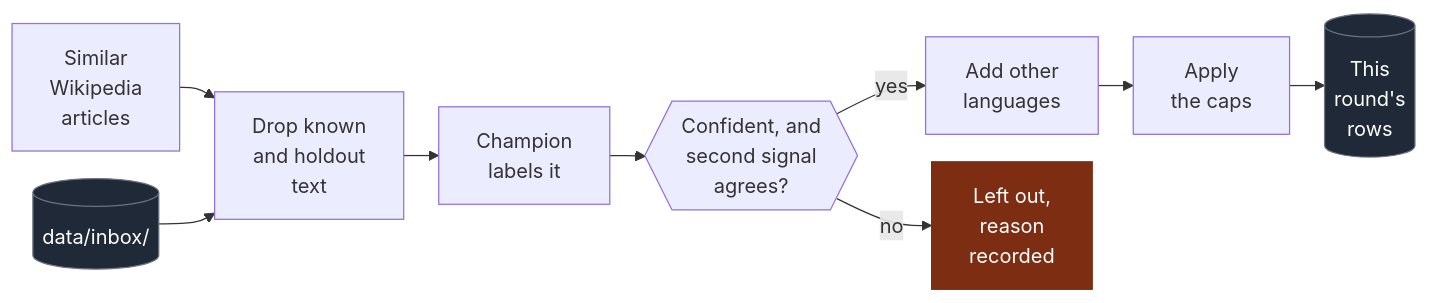
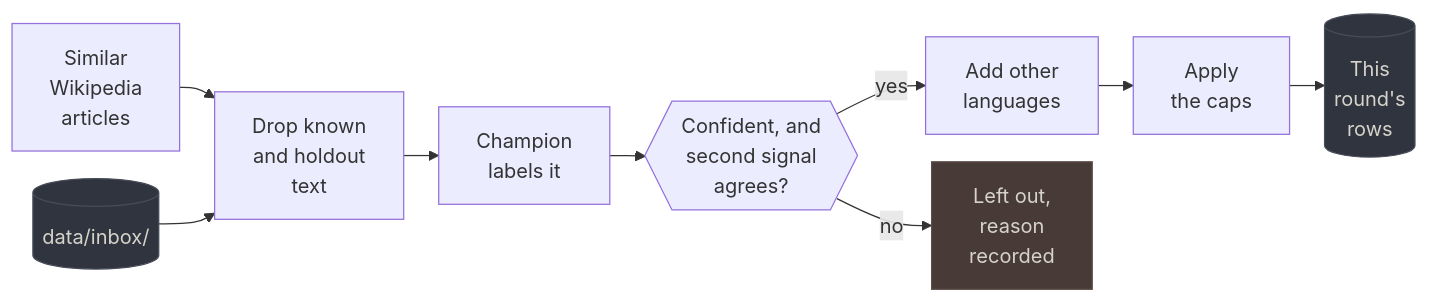
Before and after one commit to LCapy/embedding-rhizome-classifier: the fourth of 6 diagrams in README.md, drawn with Mermaid. The commit also changed other lines of this file and 10 other files, not shown here.

````diff
--- a/README.md
+++ b/README.md
@@ -387,17 +399,17 @@
 ```mermaid
 %%{init: {"flowchart": {"nodeSpacing": 22, "rankSpacing": 28}}}%%
 flowchart LR
     Wiki["Similar<br/>Wikipedia<br/>articles"] --> Drop["Drop known<br/>and holdout<br/>text"]
     Inbox[("data/inbox/")] --> Drop
     Drop --> Label["Champion<br/>labels it"]
     Label --> Sure{{"Confident, and<br/>second signal<br/>agrees?"}}
     Sure -->|"yes"| Trans["Add other<br/>languages"]
     Trans --> Caps["Apply<br/>the caps"]
     Caps --> Rows[("This<br/>round's<br/>rows")]
     Sure -->|"no"| Skip["Left out,<br/>reason<br/>recorded"]
 
-    classDef store fill:#1f2937,color:#fff,stroke:#6b7280
-    classDef ended fill:#7c2d12,color:#fff,stroke:#7c2d12
+    classDef store fill:#30343e,color:#d6d3cb,stroke:#474c58
+    classDef ended fill:#483b37,color:#d6d3cb,stroke:#5d4d48
     class Inbox,Rows store
     class Skip ended
 ```
````
